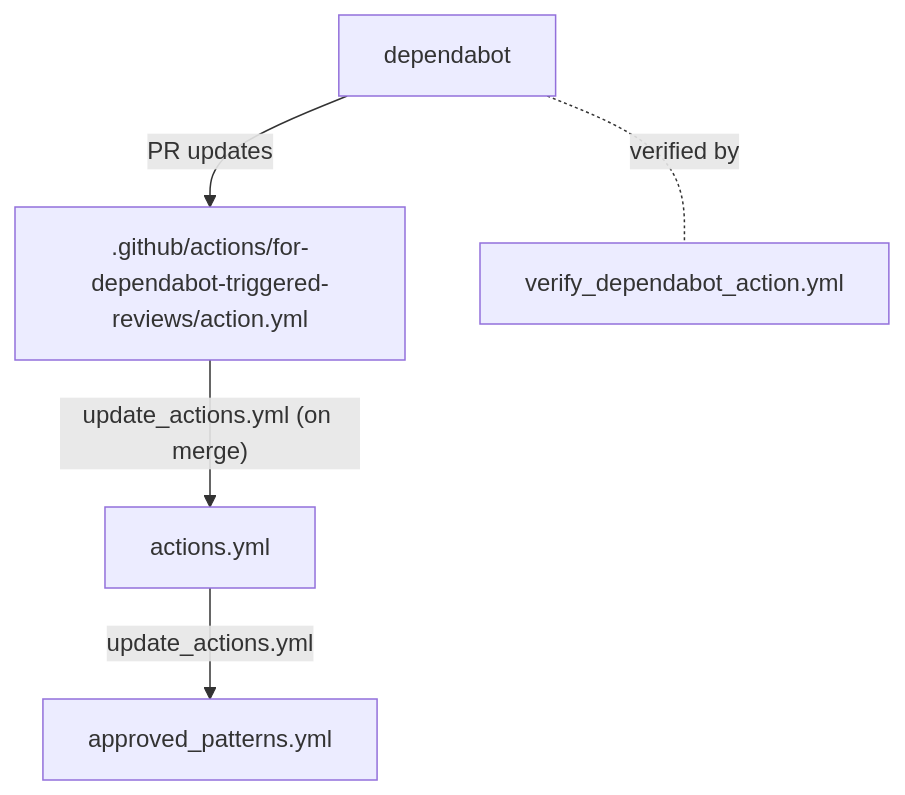
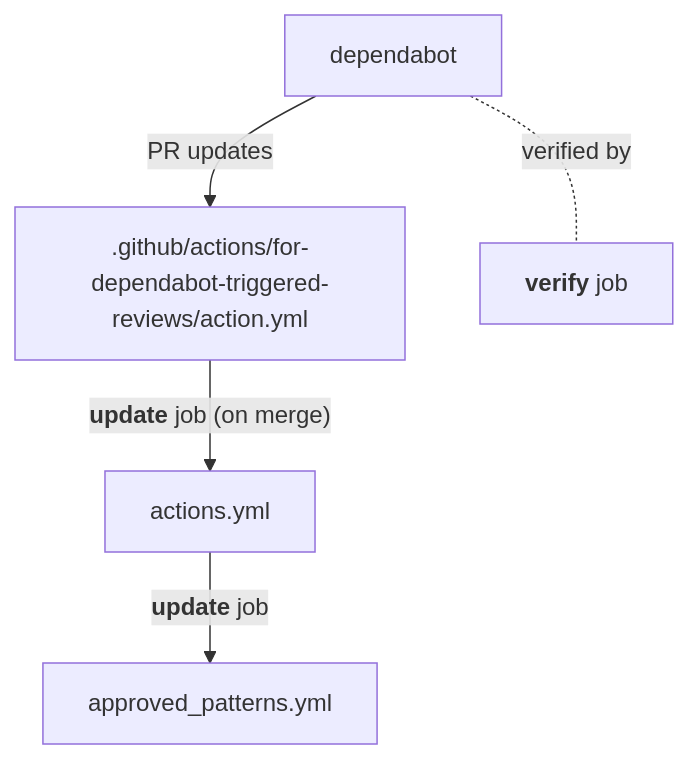
Before and after one commit to apache/infrastructure-actions: the third of 4 diagrams in README.md, drawn with Mermaid. The commit also changed other lines of this file and 5 other files, not shown here.

````diff
--- a/README.md
+++ b/README.md
@@ -184,7 +182,7 @@
 ```mermaid
 graph TD;
     dependabot--"PR updates"-->composite[".github/actions/for-dependabot-triggered-reviews/action.yml"]
-    dependabot-.verified by.-verify["verify_dependabot_action.yml"]
-    composite--"update_actions.yml (on merge)"-->actions.yml
-    actions.yml--"update_actions.yml"-->approved["approved_patterns.yml"]
+    dependabot-.verified by.-verify["<b>verify</b> job"]
+    composite--"<b>update</b> job (on merge)"-->actions.yml
+    actions.yml--"<b>update</b> job"-->approved["approved_patterns.yml"]
 ```
````
